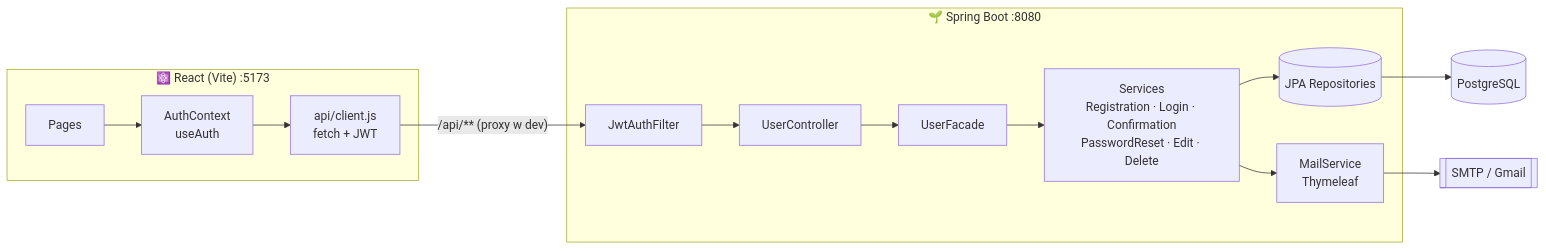
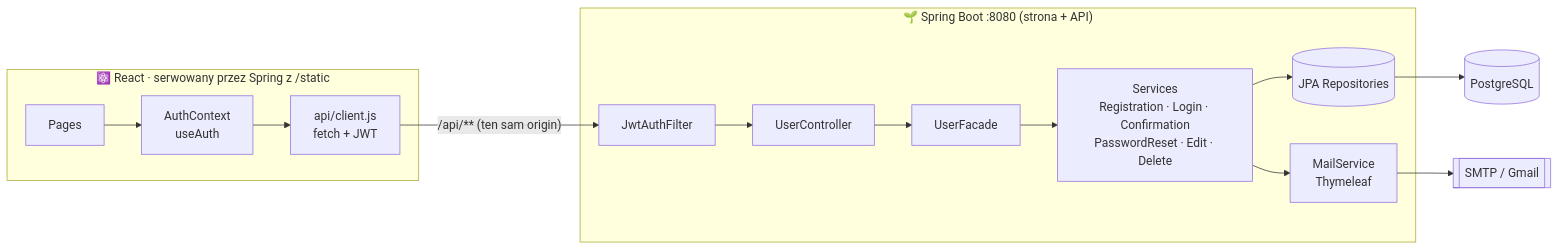
One commit to przemyslawwlodarczyk90/UserBridge changed the first of 3 diagrams in README.md. Above: the diagram before and after it, drawn with Mermaid. The commit also changed other lines of this file, not shown here.

Commit message:
docs: describe single-port setup with frontend built into Spring Boot

````diff
--- a/README.md
+++ b/README.md
@@ -53,19 +54,19 @@
 ```mermaid
 flowchart LR
-    subgraph Frontend["⚛️ React (Vite) :5173"]
+    subgraph Frontend["⚛️ React · serwowany przez Spring z /static"]
         UI[Pages] --> Ctx[AuthContext<br/>useAuth]
         Ctx --> Api[api/client.js<br/>fetch + JWT]
     end
 
-    subgraph Backend["🌱 Spring Boot :8080"]
+    subgraph Backend["🌱 Spring Boot :8080 (strona + API)"]
         F[JwtAuthFilter] --> C[UserController]
         C --> Fa[UserFacade]
         Fa --> S[Services<br/>Registration · Login · Confirmation<br/>PasswordReset · Edit · Delete]
         S --> R[(JPA Repositories)]
         S --> M[MailService<br/>Thymeleaf]
     end
 
-    Api -- "/api/** (proxy w dev)" --> F
+    Api -- "/api/** (ten sam origin)" --> F
     R --> DB[(PostgreSQL)]
     M --> SMTP[[SMTP / Gmail]]
 ```
````
